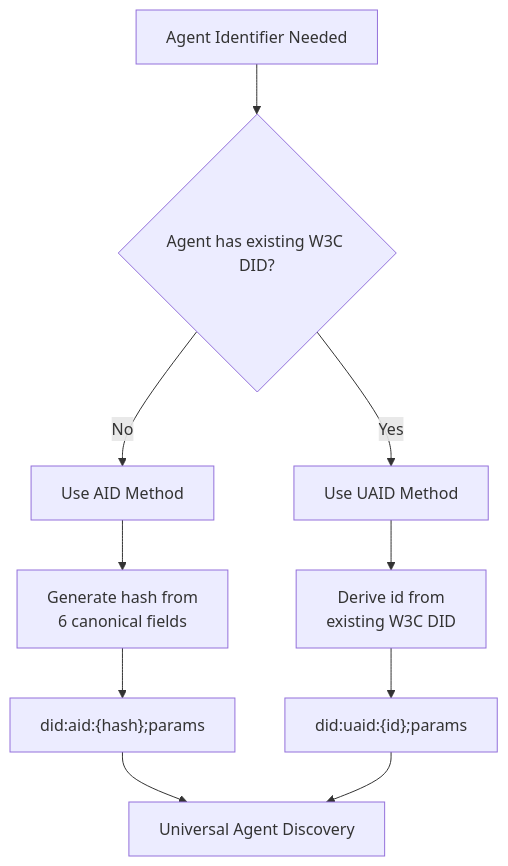
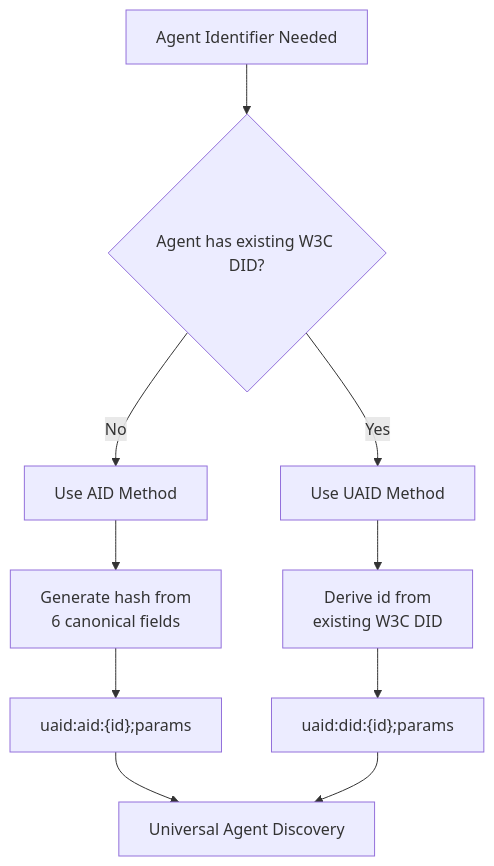
The diagram in docs/standards/hcs-14.md (hashgraph-online/hcs-improvement-proposals), drawn with Mermaid before and after one commit. The commit also changed other lines of this file and 1 other file, not shown here.

Commit message:
fix: uaid order

````diff
--- a/docs/standards/hcs-14.md
+++ b/docs/standards/hcs-14.md
@@ -220,15 +221,15 @@
 ```mermaid
 flowchart TD
     A["Agent Identifier Needed"] --> B{"Agent has existing W3C DID?"}
     B -->|No| C["Use AID Method"]
     B -->|Yes| D["Use UAID Method"]
 
     C --> E["Generate hash from<br/>6 canonical fields"]
-    E --> F["did:aid:{hash};params"]
+    E --> F["uaid:aid:{id};params"]
 
     D --> G["Derive id from<br/>existing W3C DID"]
-    G --> H["did:uaid:{id};params"]
+    G --> H["uaid:did:{id};params"]
 
     F --> I["Universal Agent Discovery"]
     H --> I
 ```
````
